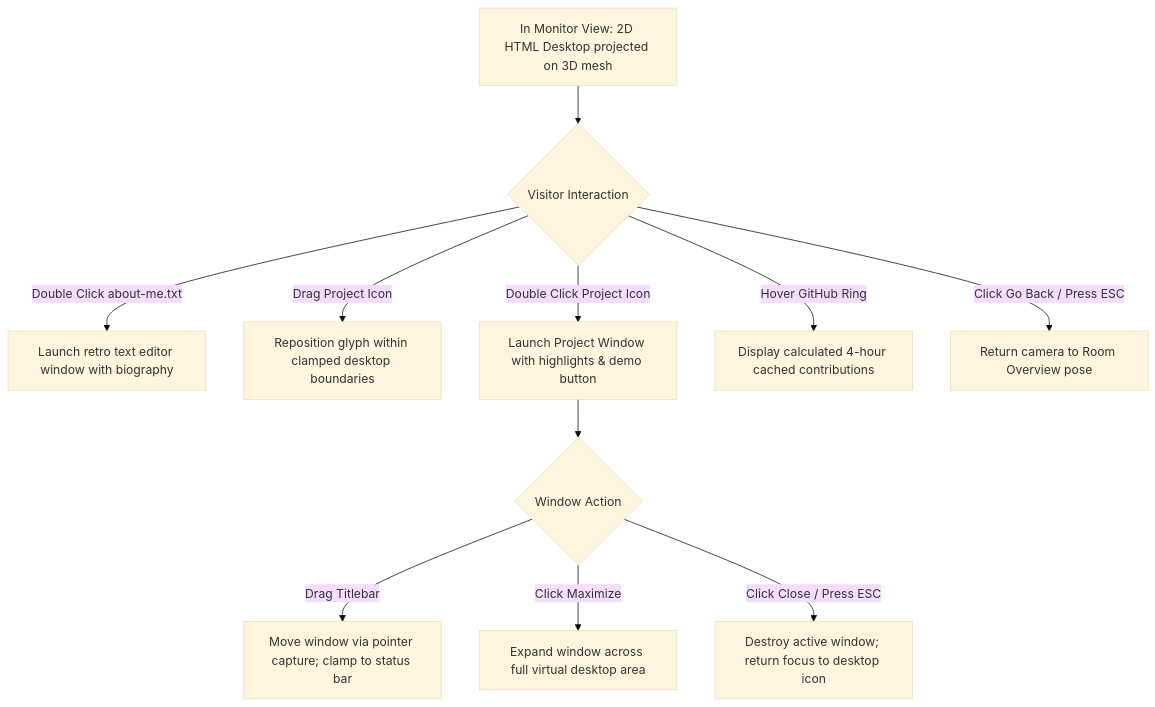
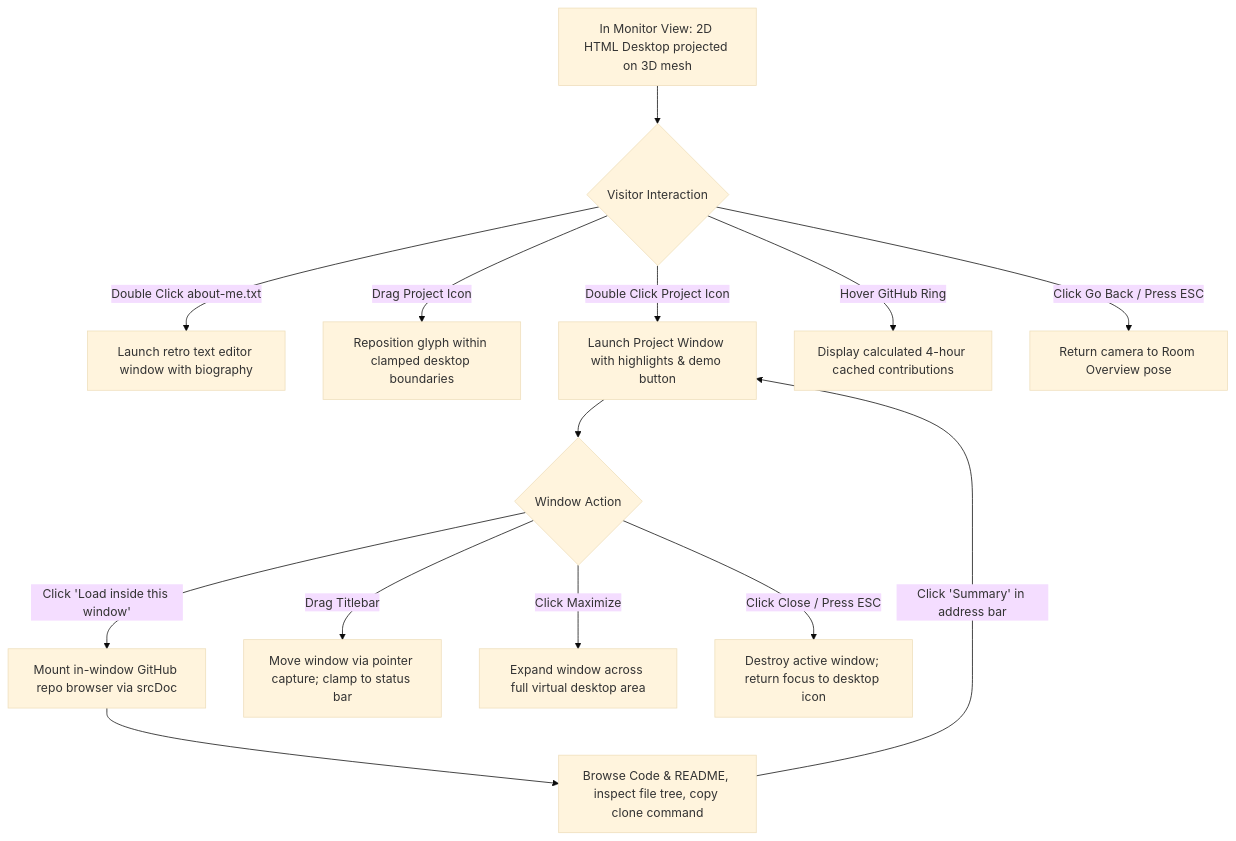
The third of 6 diagrams in docs/UX_FLOWS.md (AmirRghp/protfolio), drawn with Mermaid (base theme) before and after one commit. The commit also changed 8 other files, not shown here.

First line of the commit message:
feat(monitor): add in-window GitHub repository viewer

````diff
--- a/docs/UX_FLOWS.md
+++ b/docs/UX_FLOWS.md
@@ -60,16 +60,19 @@
 ```mermaid
 flowchart TD
     InMonitor[In Monitor View: 2D HTML Desktop projected on 3D mesh] --> DesktopState{Visitor Interaction}
     
     DesktopState -- Double Click about-me.txt --> OpenAboutMe[Launch retro text editor window with biography]
     DesktopState -- Drag Project Icon --> MoveIcon[Reposition glyph within clamped desktop boundaries]
     DesktopState -- Double Click Project Icon --> OpenProject[Launch Project Window with highlights & demo button]
     DesktopState -- Hover GitHub Ring --> ShowContribTooltip[Display calculated 4-hour cached contributions]
     
     OpenProject --> WindowControls{Window Action}
+    WindowControls -- Click 'Load inside this window' --> InWindowRepo[Mount in-window GitHub repo browser via srcDoc]
+    InWindowRepo --> RepoInteraction[Browse Code & README, inspect file tree, copy clone command]
+    RepoInteraction -- Click 'Summary' in address bar --> OpenProject
     WindowControls -- Drag Titlebar --> DragWindow[Move window via pointer capture; clamp to status bar]
     WindowControls -- Click Maximize --> FullDesktop[Expand window across full virtual desktop area]
     WindowControls -- Click Close / Press ESC --> CloseWindow[Destroy active window; return focus to desktop icon]
     
     DesktopState -- Click Go Back / Press ESC --> ReturnRoom[Return camera to Room Overview pose]
 ```
````
